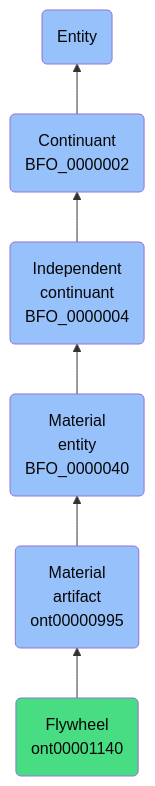
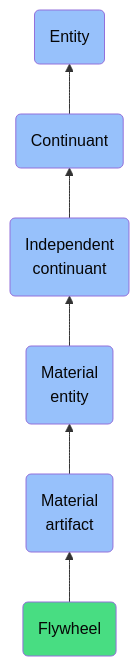
Before and after one commit to jupyter-naas/abi: the diagram in docs/ontology/reference/model/Entity/Continuant/Independent continuant/Material entity/Material artifact/Flywheel/Flywheel.md, drawn with Mermaid. The commit also changed other lines of this file and 1430 other files, not shown here.

````diff
--- a/docs/ontology/reference/model/Entity/Continuant/Independent continuant/Material entity/Material artifact/Flywheel/Flywheel.md
+++ b/docs/ontology/reference/model/Entity/Continuant/Independent continuant/Material entity/Material artifact/Flywheel/Flywheel.md
@@ -24,13 +24,13 @@
 ```mermaid
 graph BT
-    ont00001140(Flywheel<br>ont00001140):::ABI-->ont00000995
-    ont00000995(Material<br>artifact<br>ont00000995):::BFO-->BFO_0000040
-    BFO_0000040(Material<br>entity<br>BFO_0000040):::BFO-->BFO_0000004
-    BFO_0000004(Independent<br>continuant<br>BFO_0000004):::BFO-->BFO_0000002
-    BFO_0000002(Continuant<br>BFO_0000002):::BFO-->BFO_0000001
+    ont00001140(Flywheel):::ABI-->ont00000995
+    ont00000995(Material<br>artifact):::BFO-->BFO_0000040
+    BFO_0000040(Material<br>entity):::BFO-->BFO_0000004
+    BFO_0000004(Independent<br>continuant):::BFO-->BFO_0000002
+    BFO_0000002(Continuant):::BFO-->BFO_0000001
     BFO_0000001(Entity):::BFO
     
     classDef BFO fill:#97c1fb,color:#060606
     classDef CCO fill:#e4c51e,color:#060606
     classDef ABI fill:#48DD82,color:#060606
 ```
````
